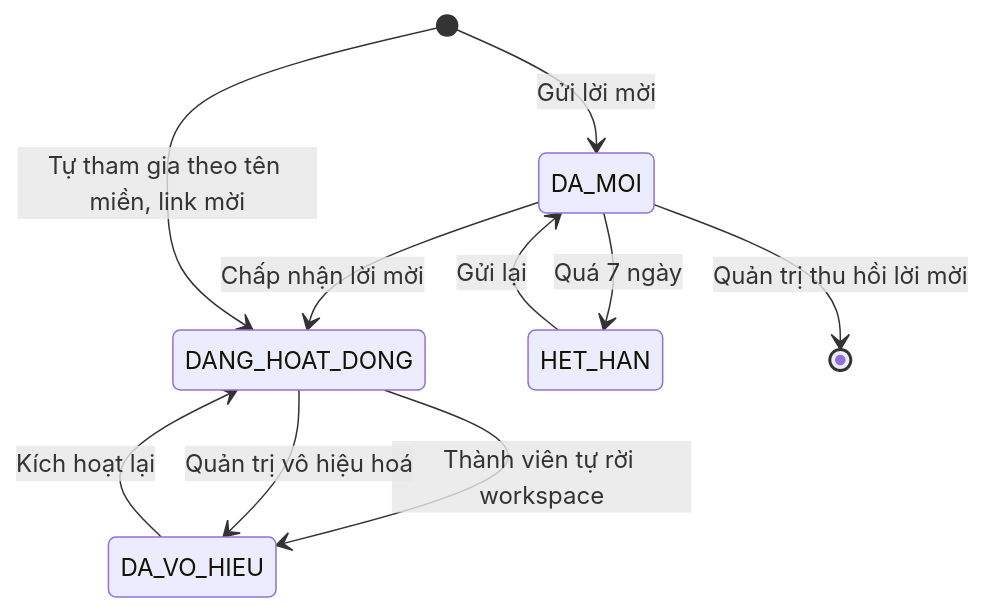
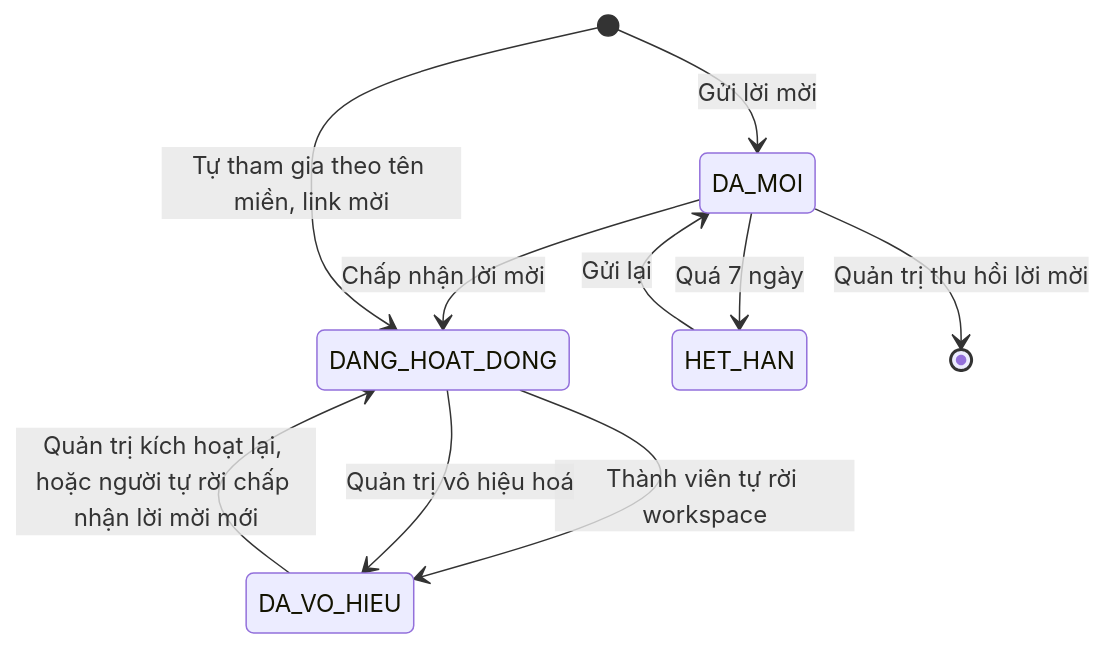
Before and after one commit to uxfoundation-vn/de08-nhan-tin-noi-bo-ai: the first of 6 diagrams in docs/TN01-workspace-kenh-thanh-vien/SRS.md, drawn with Mermaid. The commit also changed other lines of this file and 10 other files, not shown here.

````diff
--- a/docs/TN01-workspace-kenh-thanh-vien/SRS.md
+++ b/docs/TN01-workspace-kenh-thanh-vien/SRS.md
@@ -52,12 +52,12 @@
 ```mermaid
 stateDiagram-v2
   [*] --> DA_MOI : Gửi lời mời
   DA_MOI --> DANG_HOAT_DONG : Chấp nhận lời mời
   DA_MOI --> HET_HAN : Quá 7 ngày
   HET_HAN --> DA_MOI : Gửi lại
   DA_MOI --> [*] : Quản trị thu hồi lời mời
   DANG_HOAT_DONG --> DA_VO_HIEU : Thành viên tự rời workspace
   [*] --> DANG_HOAT_DONG : Tự tham gia theo tên miền, link mời
   DANG_HOAT_DONG --> DA_VO_HIEU : Quản trị vô hiệu hoá
-  DA_VO_HIEU --> DANG_HOAT_DONG : Kích hoạt lại
+  DA_VO_HIEU --> DANG_HOAT_DONG : Quản trị kích hoạt lại, hoặc người tự rời chấp nhận lời mời mới
 ```
````
